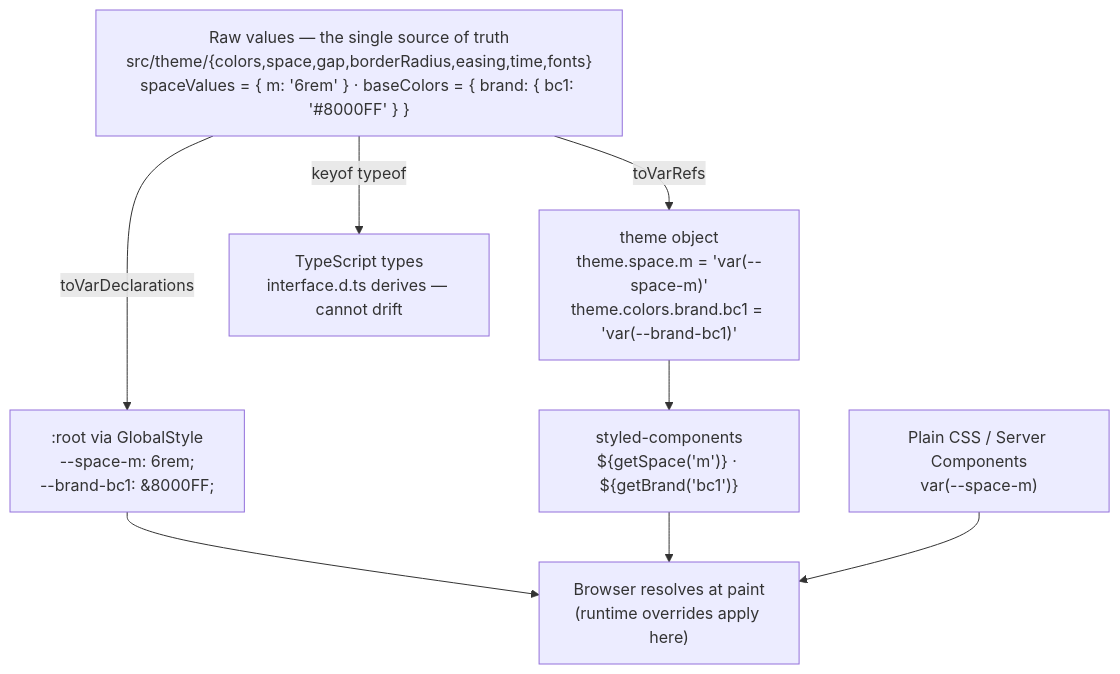
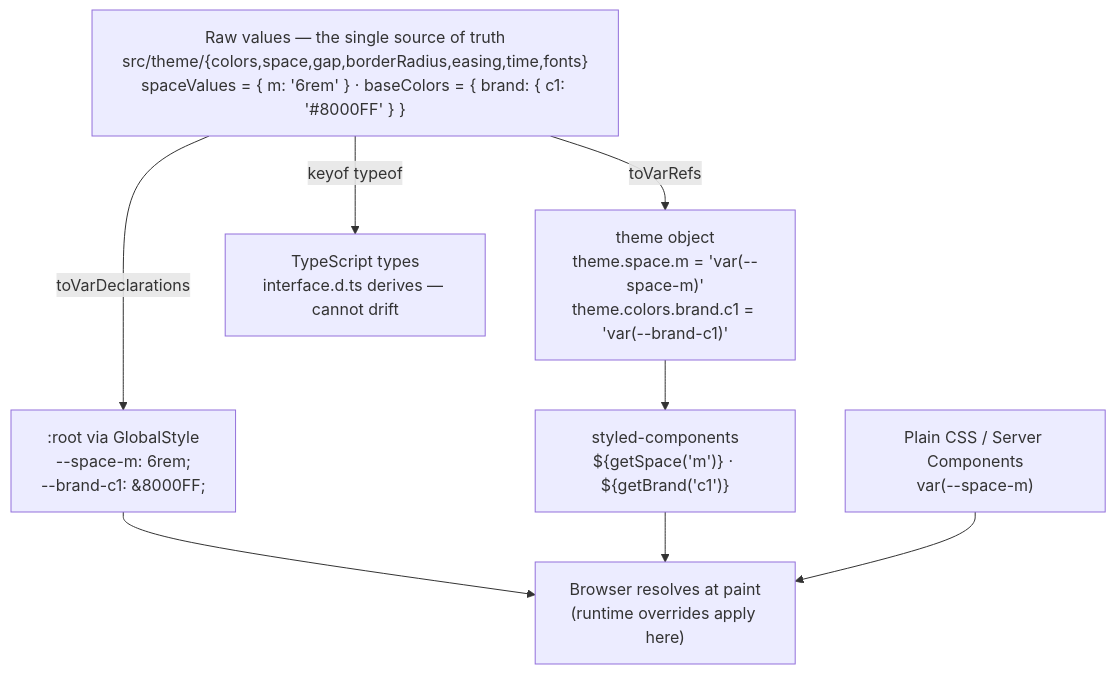
The diagram in docs/Tackl/Theming.md (12-Studio/Tackl), drawn with Mermaid before and after one commit. The commit also changed other lines of this file and 19 other files, not shown here.

First line of the commit message:
✨ Live theme showcase in Storybook; 🏷️ brand colours renamed c1–c5

````diff
--- a/docs/Tackl/Theming.md
+++ b/docs/Tackl/Theming.md
@@ -7,11 +7,11 @@
 ```mermaid
 flowchart TD
-    V["Raw values — the single source of truth\nsrc/theme/{colors,space,gap,borderRadius,easing,time,fonts}\nspaceValues = { m: '6rem' } · baseColors = { brand: { bc1: '#8000FF' } }"]
-    V -->|toVarDeclarations| R[":root via GlobalStyle\n--space-m: 6rem;\n--brand-bc1: #8000FF;"]
-    V -->|toVarRefs| T["theme object\ntheme.space.m = 'var(--space-m)'\ntheme.colors.brand.bc1 = 'var(--brand-bc1)'"]
+    V["Raw values — the single source of truth\nsrc/theme/{colors,space,gap,borderRadius,easing,time,fonts}\nspaceValues = { m: '6rem' } · baseColors = { brand: { c1: '#8000FF' } }"]
+    V -->|toVarDeclarations| R[":root via GlobalStyle\n--space-m: 6rem;\n--brand-c1: #8000FF;"]
+    V -->|toVarRefs| T["theme object\ntheme.space.m = 'var(--space-m)'\ntheme.colors.brand.c1 = 'var(--brand-c1)'"]
     V -->|keyof typeof| TY["TypeScript types\ninterface.d.ts derives — cannot drift"]
-    T --> SC["styled-components\n${getSpace('m')} · ${getBrand('bc1')}"]
+    T --> SC["styled-components\n${getSpace('m')} · ${getBrand('c1')}"]
     R --> B["Browser resolves at paint\n(runtime overrides apply here)"]
     SC --> B
     P["Plain CSS / Server Components\nvar(--space-m)"] --> B
 ```
````
